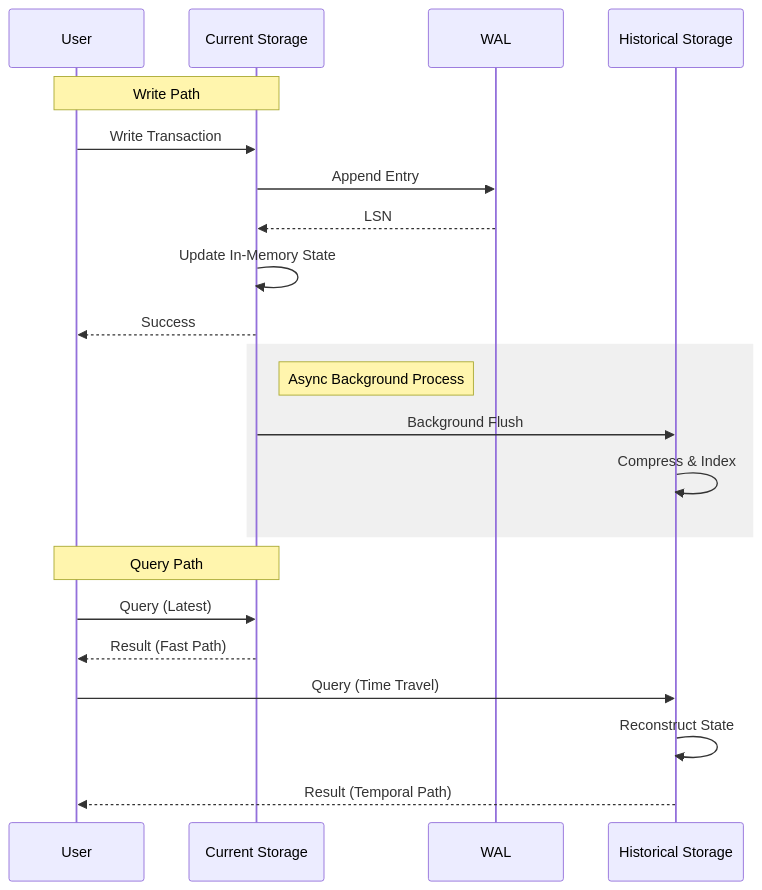
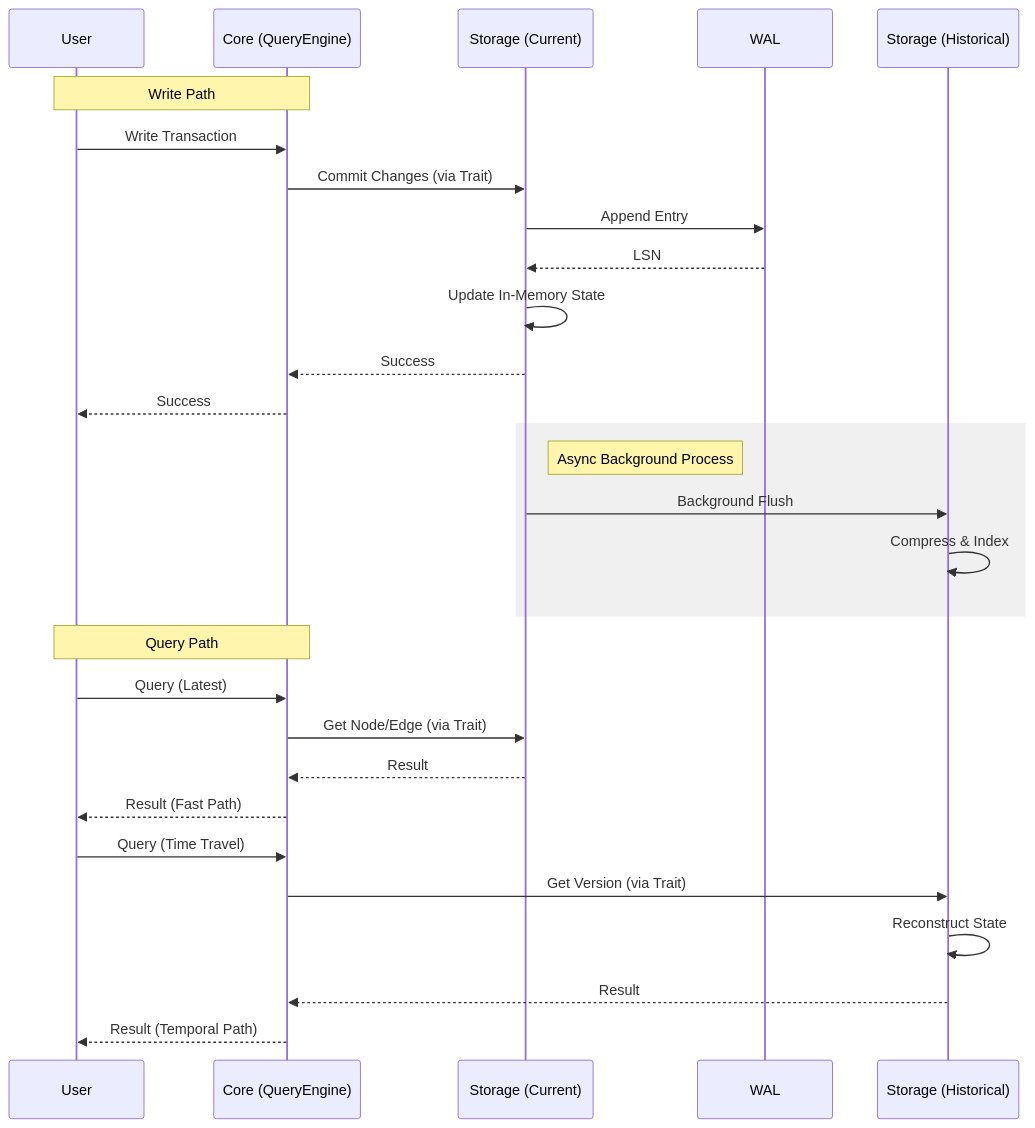
Before and after one commit to autumn-foundation/AletheiaDB: the second of 2 diagrams in docs/ARCHITECTURE.md, drawn with Mermaid. The commit also changed other lines of this file and 1 other file, not shown here.

Commit message:
docs: update ADR-0027 and architecture diagrams for storage decoupling
- Update `docs/adr/0027-decouple-storage-from-core.md` to `Proposed` status and ensure full content matches architectural decision.
- Update `docs/ARCHITECTURE.md` Class Diagram to explicitly mark the removal of circular dependency between Core and Storage.
- Update `docs/ARCHITECTURE.md` Sequence Diagram to introduce `Core` (QueryEngine) as the mediator between User and Storage.
- Rename `docs/adr/0028-encryption-at-rest.md` back to `docs/adr/0026-encryption-at-rest.md` (revert accidental rename).

````diff
--- a/docs/ARCHITECTURE.md
+++ b/docs/ARCHITECTURE.md
@@ -122,28 +123,35 @@
 ```mermaid
 sequenceDiagram
     participant User
-    participant Current as Current Storage
+    participant Core as Core (QueryEngine)
+    participant Current as Storage (Current)
     participant WAL
-    participant Historical as Historical Storage
+    participant Historical as Storage (Historical)
 
-    Note over User, Current: Write Path
-    User->>Current: Write Transaction
+    Note over User, Core: Write Path
+    User->>Core: Write Transaction
+    Core->>Current: Commit Changes (via Trait)
     Current->>WAL: Append Entry
     WAL-->>Current: LSN
     Current->>Current: Update In-Memory State
-    Current-->>User: Success
+    Current-->>Core: Success
+    Core-->>User: Success
 
     rect rgb(240, 240, 240)
         Note right of Current: Async Background Process
         Current->>Historical: Background Flush
         Historical->>Historical: Compress & Index
     end
 
-    Note over User, Current: Query Path
-    User->>Current: Query (Latest)
-    Current-->>User: Result (Fast Path)
+    Note over User, Core: Query Path
+    User->>Core: Query (Latest)
+    Core->>Current: Get Node/Edge (via Trait)
+    Current-->>Core: Result
+    Core-->>User: Result (Fast Path)
 
-    User->>Historical: Query (Time Travel)
+    User->>Core: Query (Time Travel)
+    Core->>Historical: Get Version (via Trait)
     Historical->>Historical: Reconstruct State
-    Historical-->>User: Result (Temporal Path)
+    Historical-->>Core: Result
+    Core-->>User: Result (Temporal Path)
 ```
````
